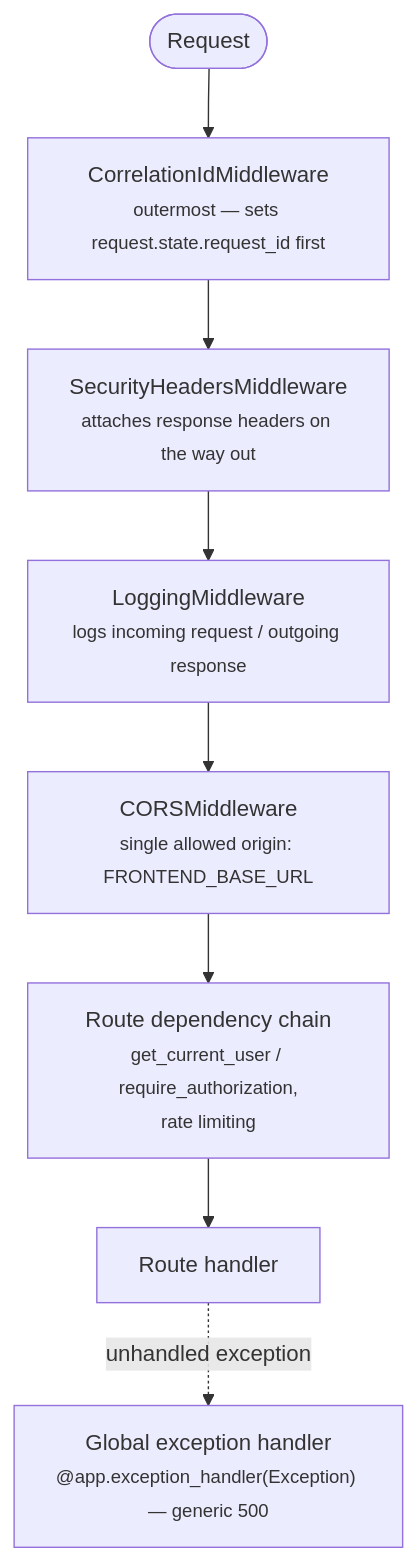
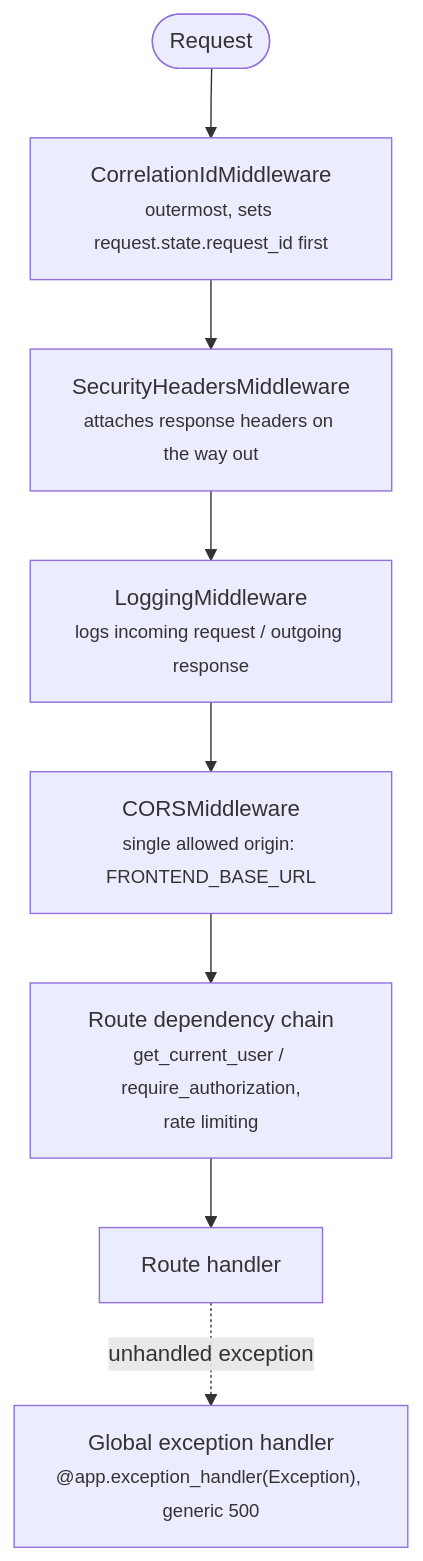
The diagram in docs/app/architecture/backend.md (Nachiket-2024/manifest-cv), drawn with Mermaid before and after one commit. The commit also changed other lines of this file and 507 other files, not shown here.

````diff
--- a/docs/app/architecture/backend.md
+++ b/docs/app/architecture/backend.md
@@ -48,14 +58,14 @@
 ```mermaid
 flowchart TD
     Request(["Request"])
-    Correlation["CorrelationIdMiddleware<br/><small>outermost — sets request.state.request_id first</small>"]
+    Correlation["CorrelationIdMiddleware<br/><small>outermost, sets request.state.request_id first</small>"]
     Security["SecurityHeadersMiddleware<br/><small>attaches response headers on the way out</small>"]
     Logging["LoggingMiddleware<br/><small>logs incoming request / outgoing response</small>"]
     Cors["CORSMiddleware<br/><small>single allowed origin: FRONTEND_BASE_URL</small>"]
     Deps["Route dependency chain<br/><small>get_current_user / require_authorization,<br/>rate limiting</small>"]
     Handler["Route handler"]
-    Error["Global exception handler<br/><small>@app.exception_handler(Exception) — generic 500</small>"]
+    Error["Global exception handler<br/><small>@app.exception_handler(Exception), generic 500</small>"]
 
     Request --> Correlation --> Security --> Logging --> Cors --> Deps --> Handler
     Handler -. "unhandled exception" .-> Error
 ```
````
